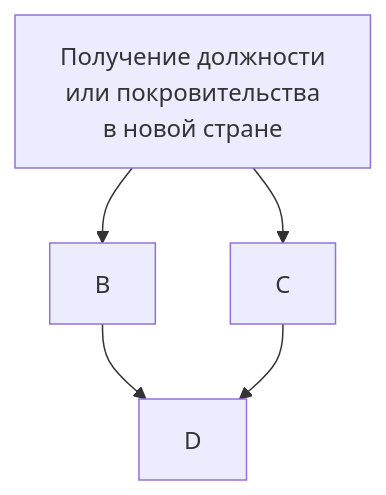
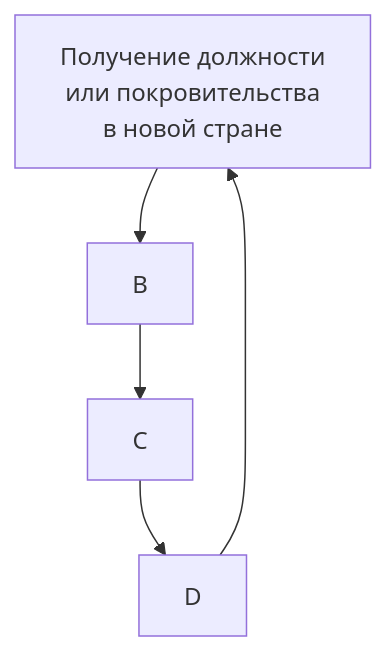
The diagram in README.md (maxidukov/test_md), drawn with Mermaid before and after one commit.

````diff
--- a/README.md
+++ b/README.md
@@ -31,7 +31,7 @@
 ```mermaid
 graph TD;
     A[Получение должности<br />или покровительства<br />в новой стране]-->B;
-    A-->C;
-    B-->D;
+    B-->C;
     C-->D;
+    D-->A;
 ```
````
